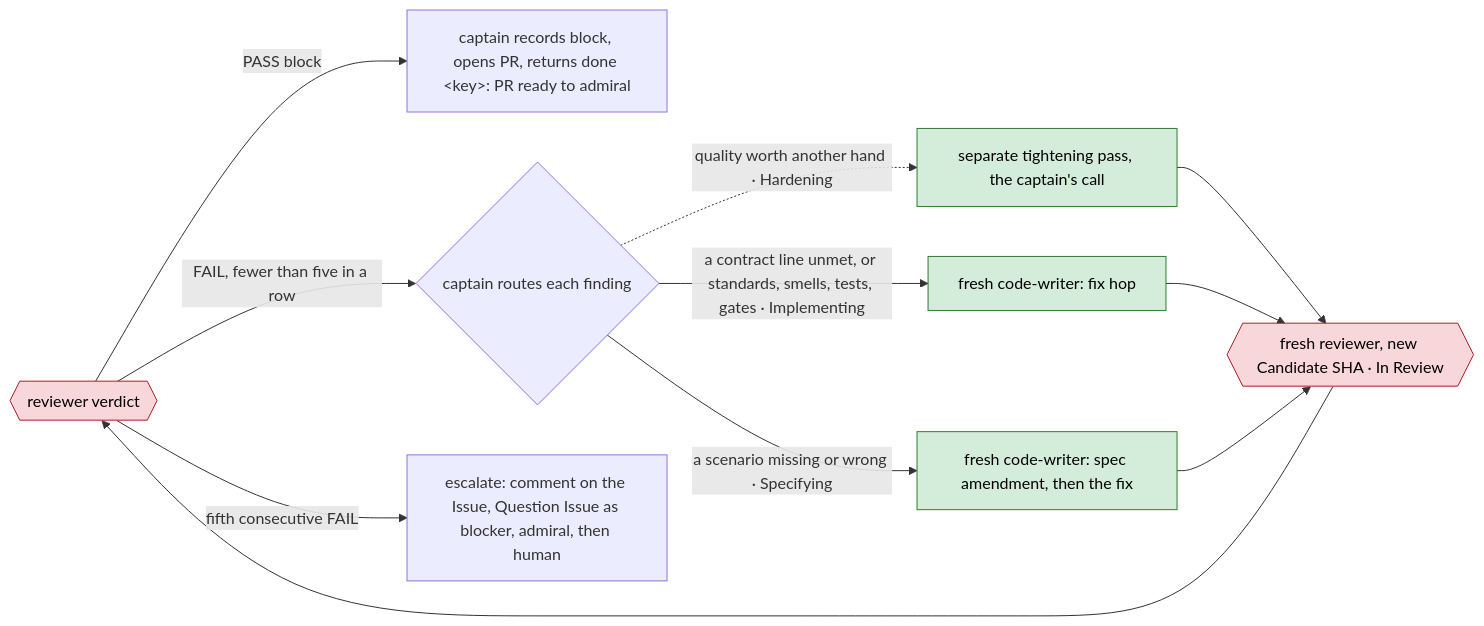
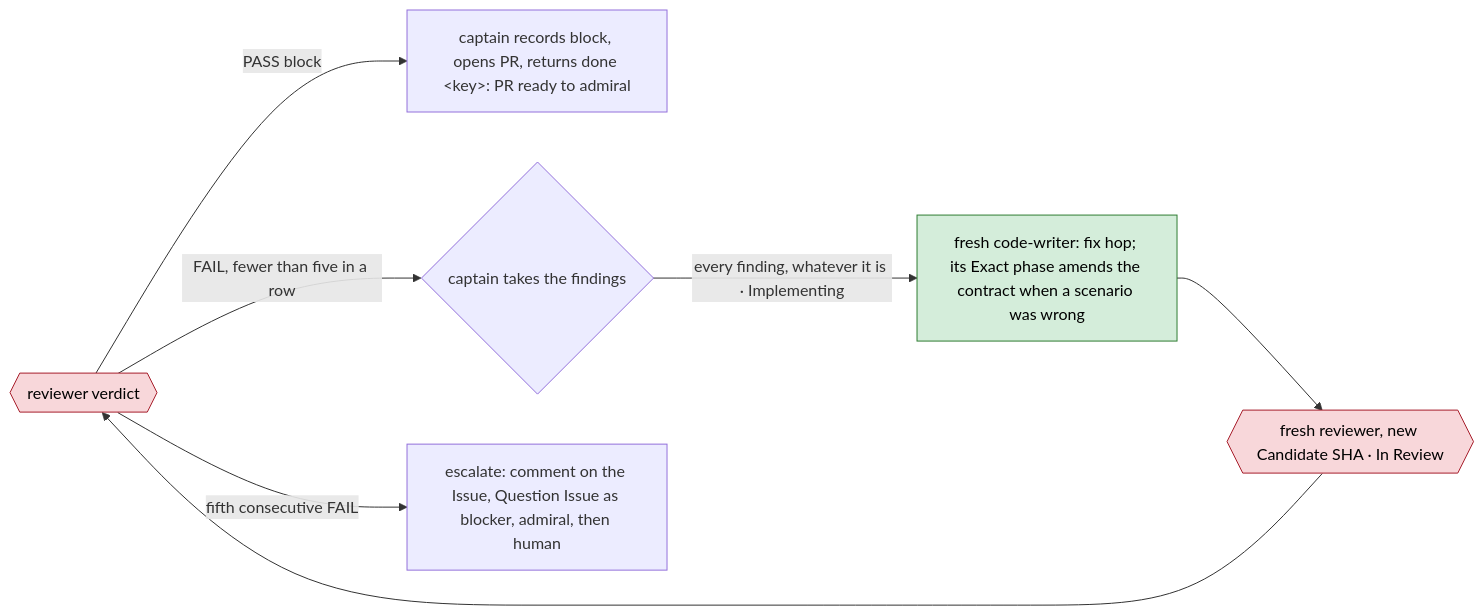
Before and after one commit to bodnarbalazs/dydo: the sixth of 12 diagrams in dydo/understand/control-flow.md, drawn with Mermaid. The commit also changed other lines of this file and 5 other files, not shown here.

First line of the commit message:
DYD-222 fix: route every review FAIL to Implementing and narrow the optional parks

````diff
--- a/dydo/understand/control-flow.md
+++ b/dydo/understand/control-flow.md
@@ -459,15 +460,11 @@
 ```mermaid
 flowchart LR
   classDef worker fill:#d4edda,stroke:#2e7d32,color:#000
   classDef reviewer fill:#f8d7da,stroke:#a71d2a,color:#000
   RV{{reviewer verdict}}:::reviewer -->|PASS block| OK[captain records block, opens PR, returns done &lt;key&gt;: PR ready to admiral]
-  RV -->|"FAIL, fewer than five in a row"| RT{captain routes each finding}
-  RT -->|"a contract line unmet, or standards, smells, tests, gates · Implementing"| IM[fresh code-writer: fix hop]:::worker
-  RT -->|"a scenario missing or wrong · Specifying"| SP[fresh code-writer: spec amendment, then the fix]:::worker
-  RT -.->|"quality worth another hand · Hardening"| HD[separate tightening pass, the captain's call]:::worker
-  HD --> FR{{fresh reviewer, new Candidate SHA · In Review}}:::reviewer
-  IM --> FR
-  SP --> FR
+  RV -->|"FAIL, fewer than five in a row"| RT{captain takes the findings}
+  RT -->|"every finding, whatever it is · Implementing"| IM[fresh code-writer: fix hop; its Exact phase amends the contract when a scenario was wrong]:::worker
+  IM --> FR{{fresh reviewer, new Candidate SHA · In Review}}:::reviewer
   FR --> RV
   RV -->|fifth consecutive FAIL| ESC[escalate: comment on the Issue, Question Issue as blocker, admiral, then human]
 ```
````
